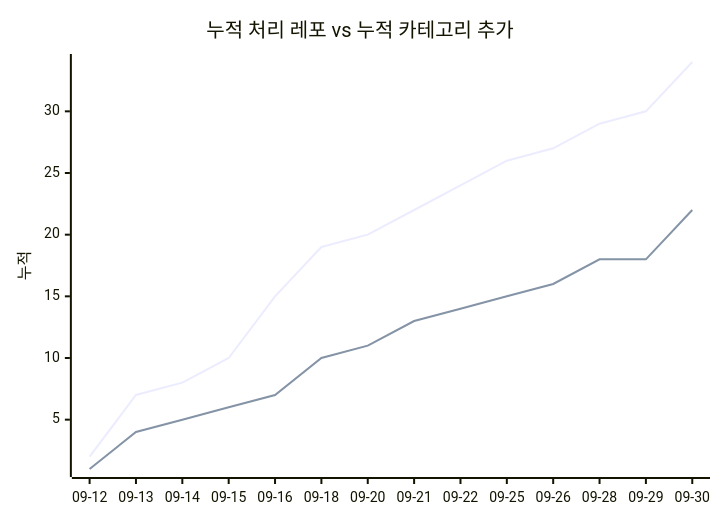
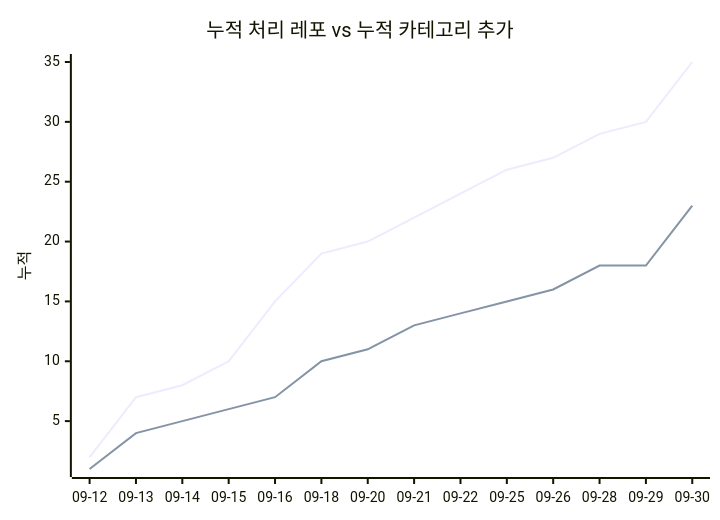
One commit to J-nowcow/awesome-korean-agent-skills changed the second of 2 diagrams in docs/trends.md. Above: the diagram before and after it, drawn with Mermaid. The commit also changed other lines of this file and 4 other files, not shown here.

````diff
--- a/docs/trends.md
+++ b/docs/trends.md
@@ -68,8 +68,8 @@
 ```mermaid
 xychart-beta
     title "누적 처리 레포 vs 누적 카테고리 추가"
     x-axis ["09-12","09-13","09-14","09-15","09-16","09-18","09-20","09-21","09-22","09-25","09-26","09-28","09-29","09-30"]
     y-axis "누적"
-    line [2,7,8,10,15,19,20,22,24,26,27,29,30,34]
-    line [1,4,5,6,7,10,11,13,14,15,16,18,18,22]
+    line [2,7,8,10,15,19,20,22,24,26,27,29,30,35]
+    line [1,4,5,6,7,10,11,13,14,15,16,18,18,23]
 ```
````
